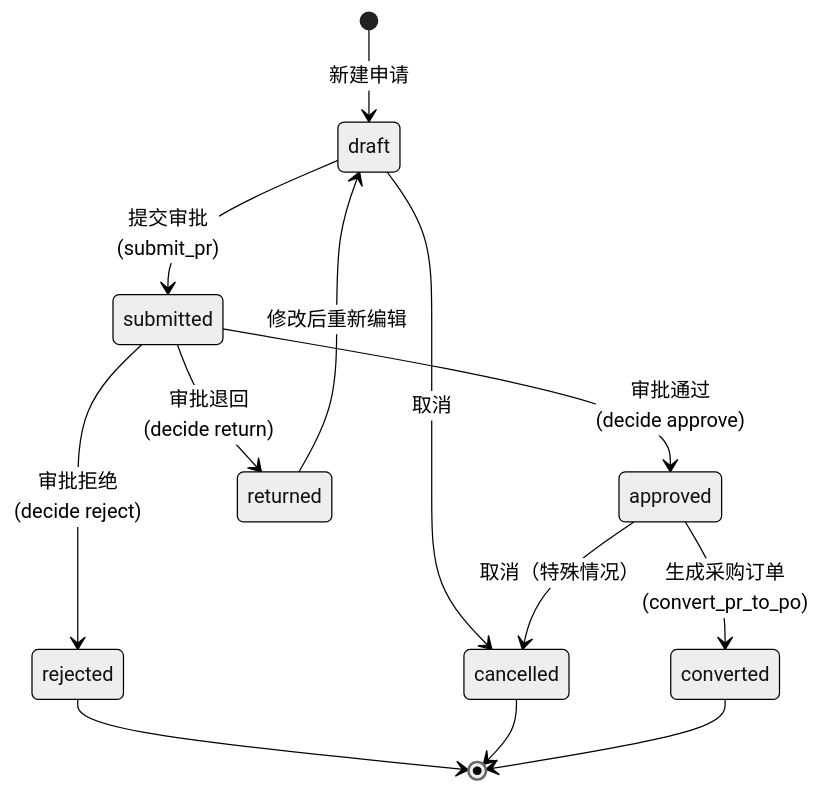
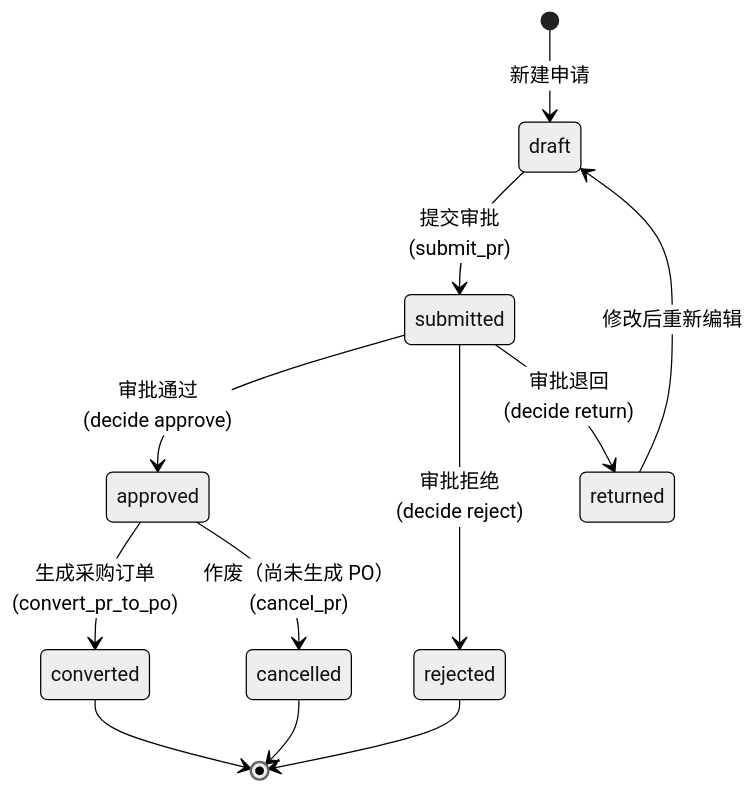
Before and after one commit to helixzz/mica: the second of 10 diagrams in docs/user-manual/_diagrams.md, drawn with Mermaid (neutral theme). The commit also changed 3 other files, not shown here.

````diff
--- a/docs/user-manual/_diagrams.md
+++ b/docs/user-manual/_diagrams.md
@@ -35,16 +35,15 @@
 ```mermaid
 stateDiagram-v2
     [*] --> draft: 新建申请
     draft --> submitted: 提交审批<br/>(submit_pr)
-    draft --> cancelled: 取消
     submitted --> approved: 审批通过<br/>(decide approve)
     submitted --> rejected: 审批拒绝<br/>(decide reject)
     submitted --> returned: 审批退回<br/>(decide return)
     returned --> draft: 修改后重新编辑
     approved --> converted: 生成采购订单<br/>(convert_pr_to_po)
-    approved --> cancelled: 取消（特殊情况）
+    approved --> cancelled: 作废（尚未生成 PO）<br/>(cancel_pr)
 
     rejected --> [*]
     cancelled --> [*]
     converted --> [*]
 ```
````
